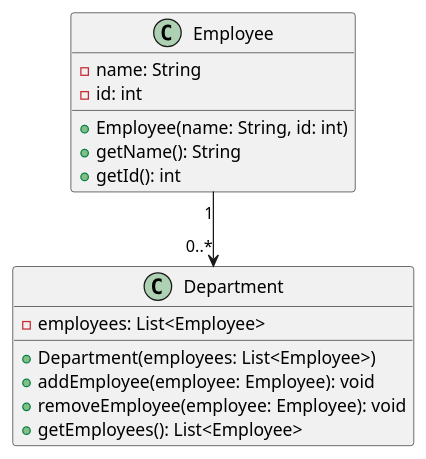
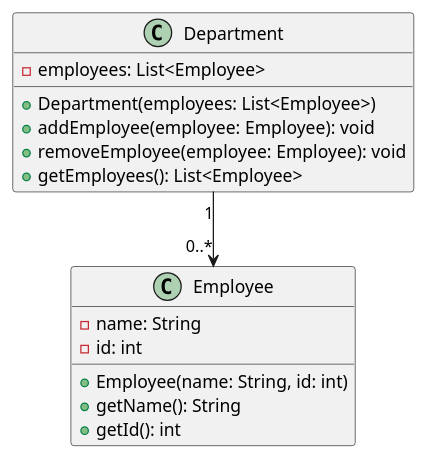
The diagram in src/main/java/com/uml/a2association/oneWay/Association.puml (nitinkc/Design-Patterns-learning), drawn with PlantUML before and after one commit. The commit also changed 23 other files, not shown here.

```diff
--- a/src/main/java/com/uml/a2association/oneWay/Association.puml
+++ b/src/main/java/com/uml/a2association/oneWay/Association.puml
@@ -1,21 +1,21 @@
 @startuml
 class Employee {
     - name: String
     - id: int
 
     + Employee(name: String, id: int)
     + getName(): String
     + getId(): int
 }
 
 class Department {
     - employees: List<Employee>
 
     + Department(employees: List<Employee>)
     + addEmployee(employee: Employee): void
     + removeEmployee(employee: Employee): void
     + getEmployees(): List<Employee>
 }
 
-Employee "1" --> "0..*" Department
+Department "1" --> "0..*" Employee
 @enduml
```
